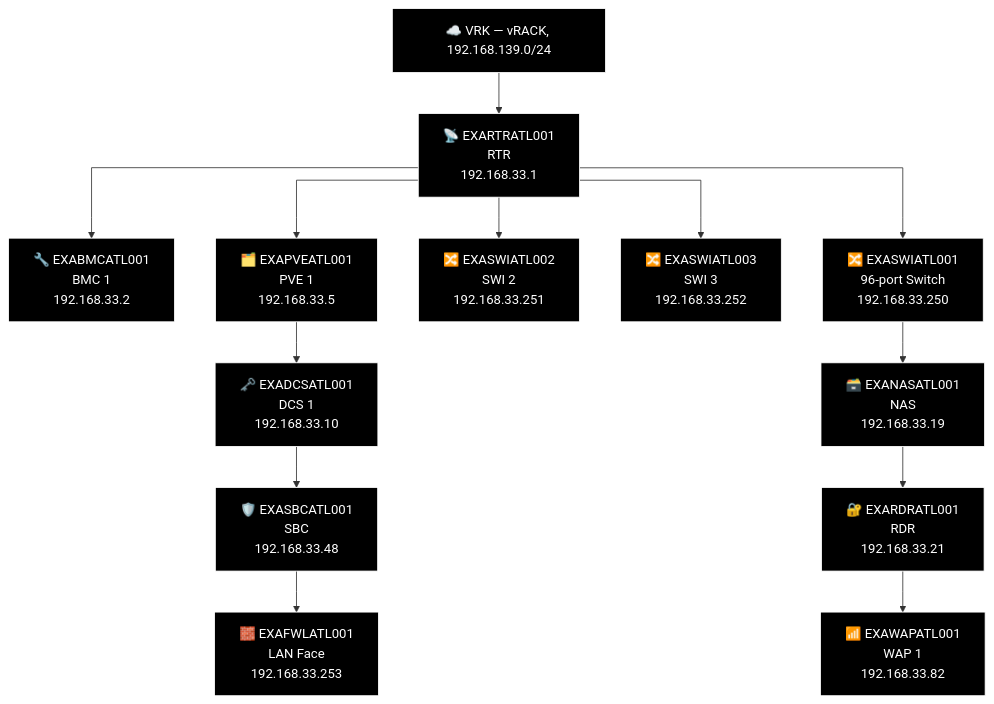
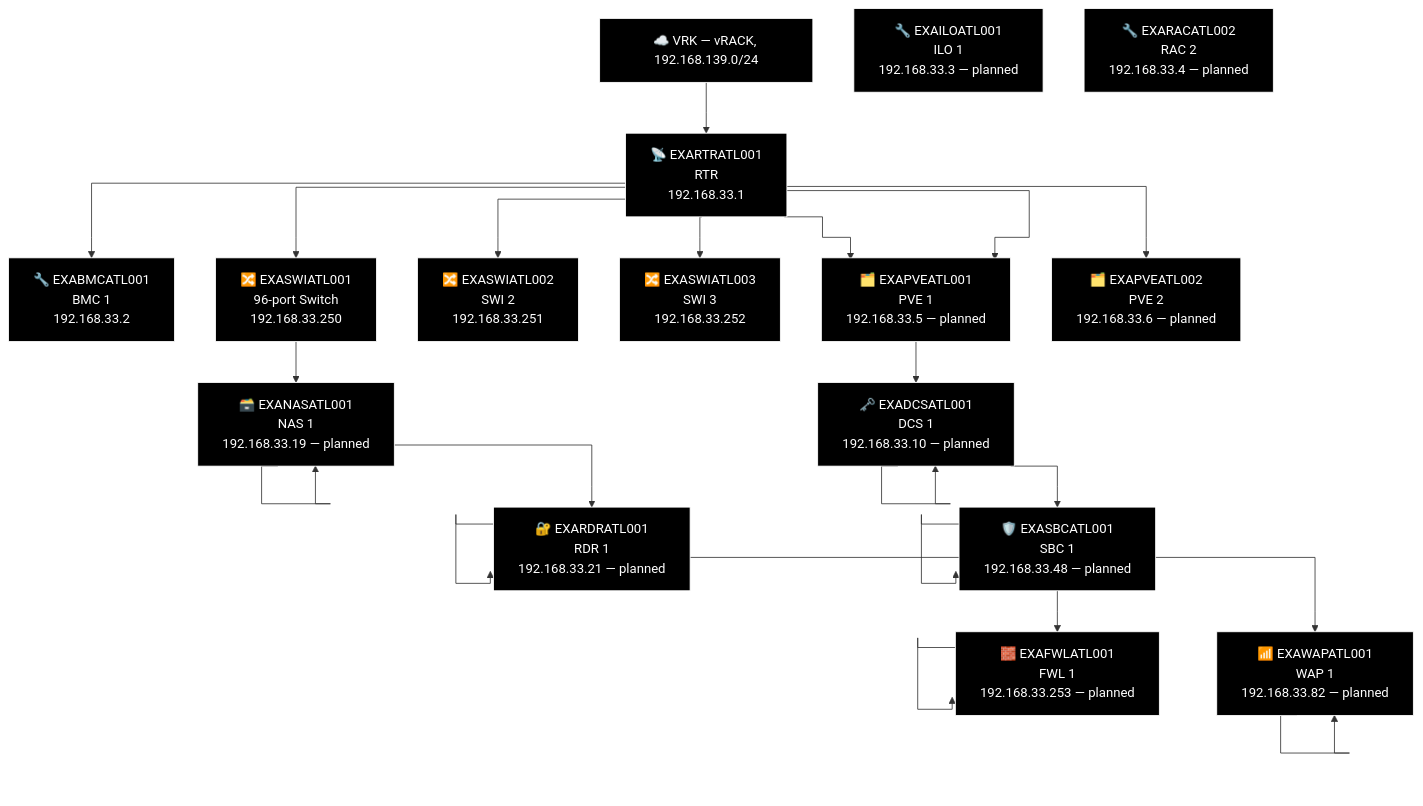
One commit to knightmare2600/example_music_infra changed diagram 13 of 21 in docs/network-diagram/united-states.md. Above: the diagram before and after it, drawn with Mermaid. The commit also changed other lines of this file and 12 other files, not shown here.

````diff
--- a/docs/network-diagram/united-states.md
+++ b/docs/network-diagram/united-states.md
@@ -539,40 +598,62 @@
 ```mermaid
 %% GENERATED:TOPOLOGY:ATL:START
 %%{init: {'flowchart': {'curve': 'stepAfter'}}}%%
 graph TD
     T_VRK["☁️ VRK — vRACK, 192.168.139.0/24"]
     T_RTR["📡 EXARTRATL001<br/>RTR<br/>192.168.33.1"]
     T_VRK --> T_RTR
     T_BMC["🔧 EXABMCATL001<br/>BMC 1<br/>192.168.33.2"]
     T_RTR --> T_BMC
     T_PVE["🗂️ EXAPVEATL001<br/>PVE 1<br/>192.168.33.5"]
     T_RTR --> T_PVE
     T_SWI["🔀 EXASWIATL002<br/>SWI 2<br/>192.168.33.251"]
     T_RTR --> T_SWI
     T_SWI2["🔀 EXASWIATL003<br/>SWI 3<br/>192.168.33.252"]
     T_RTR --> T_SWI2
     T_SWI3["🔀 EXASWIATL001<br/>96-port Switch<br/>192.168.33.250"]
     T_RTR --> T_SWI3
+    T_PVE["🗂️ EXAPVEATL001<br/>PVE 1<br/>192.168.33.5 — planned"]
+    T_RTR --> T_PVE
+    T_PVE2["🗂️ EXAPVEATL002<br/>PVE 2<br/>192.168.33.6 — planned"]
+    T_RTR --> T_PVE2
     T_NAS["🗃️ EXANASATL001<br/>NAS<br/>192.168.33.19"]
+    T_NAS["🗃️ EXANASATL001<br/>NAS 1<br/>192.168.33.19 — planned"]
     T_RDR["🔐 EXARDRATL001<br/>RDR<br/>192.168.33.21"]
+    T_RDR["🔐 EXARDRATL001<br/>RDR 1<br/>192.168.33.21 — planned"]
     T_WAP["📶 EXAWAPATL001<br/>WAP 1<br/>192.168.33.82"]
-    T_SWI3 --> T_NAS --> T_RDR --> T_WAP
+    T_WAP["📶 EXAWAPATL001<br/>WAP 1<br/>192.168.33.82 — planned"]
+    T_SWI3 --> T_NAS --> T_NAS --> T_RDR --> T_RDR --> T_WAP --> T_WAP
     T_DCS["🗝️ EXADCSATL001<br/>DCS 1<br/>192.168.33.10"]
+    T_DCS["🗝️ EXADCSATL001<br/>DCS 1<br/>192.168.33.10 — planned"]
     T_SBC["🛡️ EXASBCATL001<br/>SBC<br/>192.168.33.48"]
+    T_SBC["🛡️ EXASBCATL001<br/>SBC 1<br/>192.168.33.48 — planned"]
     T_FWL["🧱 EXAFWLATL001<br/>LAN Face<br/>192.168.33.253"]
-    T_PVE --> T_DCS --> T_SBC --> T_FWL
+    T_FWL["🧱 EXAFWLATL001<br/>FWL 1<br/>192.168.33.253 — planned"]
+    T_PVE --> T_DCS --> T_DCS --> T_SBC --> T_SBC --> T_FWL --> T_FWL
+    T_ILO["🔧 EXAILOATL001<br/>ILO 1<br/>192.168.33.3 — planned"]
+    T_RAC["🔧 EXARACATL002<br/>RAC 2<br/>192.168.33.4 — planned"]
     style T_VRK fill:#000000,stroke:#FFFFFF,color:#FFFFFF
     style T_RTR fill:#000000,stroke:#FFFFFF,color:#FFFFFF
     style T_BMC fill:#000000,stroke:#FFFFFF,color:#FFFFFF
     style T_PVE fill:#000000,stroke:#FFFFFF,color:#FFFFFF
     style T_SWI fill:#000000,stroke:#FFFFFF,color:#FFFFFF
     style T_SWI2 fill:#000000,stroke:#FFFFFF,color:#FFFFFF
     style T_SWI3 fill:#000000,stroke:#FFFFFF,color:#FFFFFF
+    style T_PVE fill:#000000,stroke:#FFFFFF,color:#FFFFFF
+    style T_PVE2 fill:#000000,stroke:#FFFFFF,color:#FFFFFF
+    style T_NAS fill:#000000,stroke:#FFFFFF,color:#FFFFFF
     style T_NAS fill:#000000,stroke:#FFFFFF,color:#FFFFFF
     style T_RDR fill:#000000,stroke:#FFFFFF,color:#FFFFFF
+    style T_RDR fill:#000000,stroke:#FFFFFF,color:#FFFFFF
+    style T_WAP fill:#000000,stroke:#FFFFFF,color:#FFFFFF
     style T_WAP fill:#000000,stroke:#FFFFFF,color:#FFFFFF
     style T_DCS fill:#000000,stroke:#FFFFFF,color:#FFFFFF
+    style T_DCS fill:#000000,stroke:#FFFFFF,color:#FFFFFF
+    style T_SBC fill:#000000,stroke:#FFFFFF,color:#FFFFFF
     style T_SBC fill:#000000,stroke:#FFFFFF,color:#FFFFFF
     style T_FWL fill:#000000,stroke:#FFFFFF,color:#FFFFFF
+    style T_FWL fill:#000000,stroke:#FFFFFF,color:#FFFFFF
+    style T_ILO fill:#000000,stroke:#FFFFFF,color:#FFFFFF
+    style T_RAC fill:#000000,stroke:#FFFFFF,color:#FFFFFF
 %% GENERATED:TOPOLOGY:ATL:END
 ```
````
